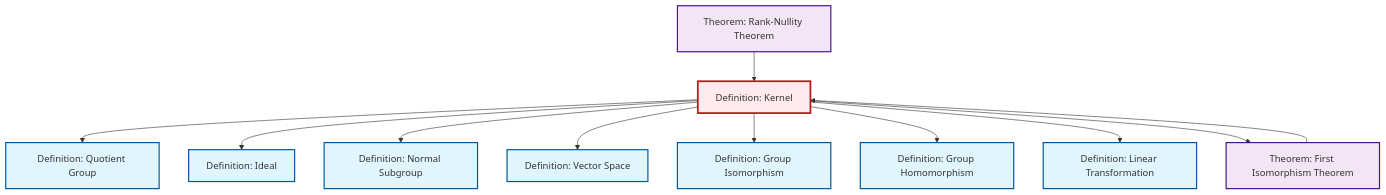
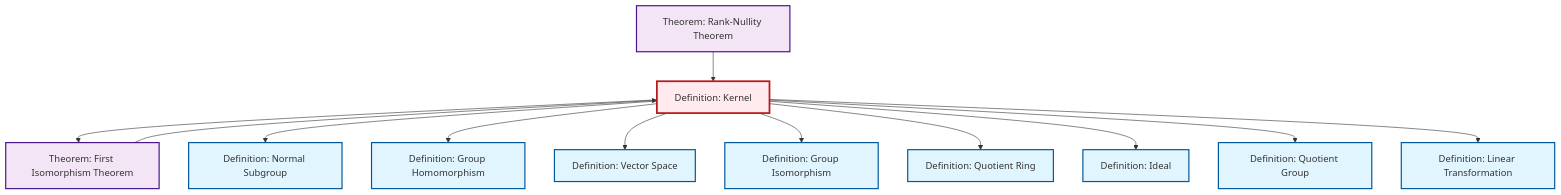
The diagram in content/en/algebra/def-kernel.qmd (RK0429/ModernMath), drawn with Mermaid before and after one commit. The commit also changed other lines of this file and 597 other files, not shown here.

````diff
--- a/content/en/algebra/def-kernel.qmd
+++ b/content/en/algebra/def-kernel.qmd
@@ -80,39 +81,42 @@
 ```{mermaid}
 %%| fig-cap: "Local dependency graph"
 graph TD
     classDef definition fill:#e1f5fe,stroke:#01579b,stroke-width:2px
     classDef theorem fill:#f3e5f5,stroke:#4a148c,stroke-width:2px
     classDef axiom fill:#fff3e0,stroke:#e65100,stroke-width:2px
     classDef example fill:#e8f5e9,stroke:#1b5e20,stroke-width:2px
     classDef current fill:#ffebee,stroke:#b71c1c,stroke-width:3px
+    def-ideal["Definition: Ideal"]:::definition
+    def-homomorphism["Definition: Group Homomorphism"]:::definition
+    thm-rank-nullity["Theorem: Rank-Nullity Theorem"]:::theorem
     def-vector-space["Definition: Vector Space"]:::definition
-    thm-rank-nullity["Theorem: Rank-Nullity Theorem"]:::theorem
+    def-isomorphism["Definition: Group Isomorphism"]:::definition
+    def-quotient-ring["Definition: Quotient Ring"]:::definition
+    def-kernel["Definition: Kernel"]:::definition
+    def-normal-subgroup["Definition: Normal Subgroup"]:::definition
     def-quotient-group["Definition: Quotient Group"]:::definition
-    def-ideal["Definition: Ideal"]:::definition
+    thm-first-isomorphism["Theorem: First Isomorphism Theorem"]:::theorem
     def-linear-transformation["Definition: Linear Transformation"]:::definition
-    def-isomorphism["Definition: Group Isomorphism"]:::definition
-    def-kernel["Definition: Kernel"]:::definition
-    thm-first-isomorphism["Theorem: First Isomorphism Theorem"]:::theorem
-    def-homomorphism["Definition: Group Homomorphism"]:::definition
-    def-normal-subgroup["Definition: Normal Subgroup"]:::definition
-    def-kernel --> def-quotient-group
-    thm-rank-nullity --> def-kernel
-    thm-first-isomorphism --> def-kernel
-    def-kernel --> def-ideal
+    def-kernel --> thm-first-isomorphism
     def-kernel --> def-normal-subgroup
+    def-kernel --> def-homomorphism
     def-kernel --> def-vector-space
     def-kernel --> def-isomorphism
-    def-kernel --> def-homomorphism
+    def-kernel --> def-quotient-ring
+    def-kernel --> def-ideal
+    thm-first-isomorphism --> def-kernel
+    def-kernel --> def-quotient-group
     def-kernel --> def-linear-transformation
-    def-kernel --> thm-first-isomorphism
+    thm-rank-nullity --> def-kernel
     class def-kernel current
+    click def-ideal "def-ideal.html" "Go to Ideal definition"
+    click def-homomorphism "def-homomorphism.html" "Go to Group Homomorphism definition"
+    click thm-rank-nullity "thm-rank-nullity.html" "Go to Rank-Nullity Theorem theorem"
     click def-vector-space "def-vector-space.html" "Go to Vector Space definition"
-    click thm-rank-nullity "thm-rank-nullity.html" "Go to Rank-Nullity Theorem theorem"
+    click def-isomorphism "def-isomorphism.html" "Go to Group Isomorphism definition"
+    click def-quotient-ring "def-quotient-ring.html" "Go to Quotient Ring definition"
+    click def-normal-subgroup "def-normal-subgroup.html" "Go to Normal Subgroup definition"
     click def-quotient-group "def-quotient-group.html" "Go to Quotient Group definition"
-    click def-ideal "def-ideal.html" "Go to Ideal definition"
+    click thm-first-isomorphism "thm-first-isomorphism.html" "Go to First Isomorphism Theorem theorem"
     click def-linear-transformation "def-linear-transformation.html" "Go to Linear Transformation definition"
-    click def-isomorphism "def-isomorphism.html" "Go to Group Isomorphism definition"
-    click thm-first-isomorphism "thm-first-isomorphism.html" "Go to First Isomorphism Theorem theorem"
-    click def-homomorphism "def-homomorphism.html" "Go to Group Homomorphism definition"
-    click def-normal-subgroup "def-normal-subgroup.html" "Go to Normal Subgroup definition"
 ```
````
